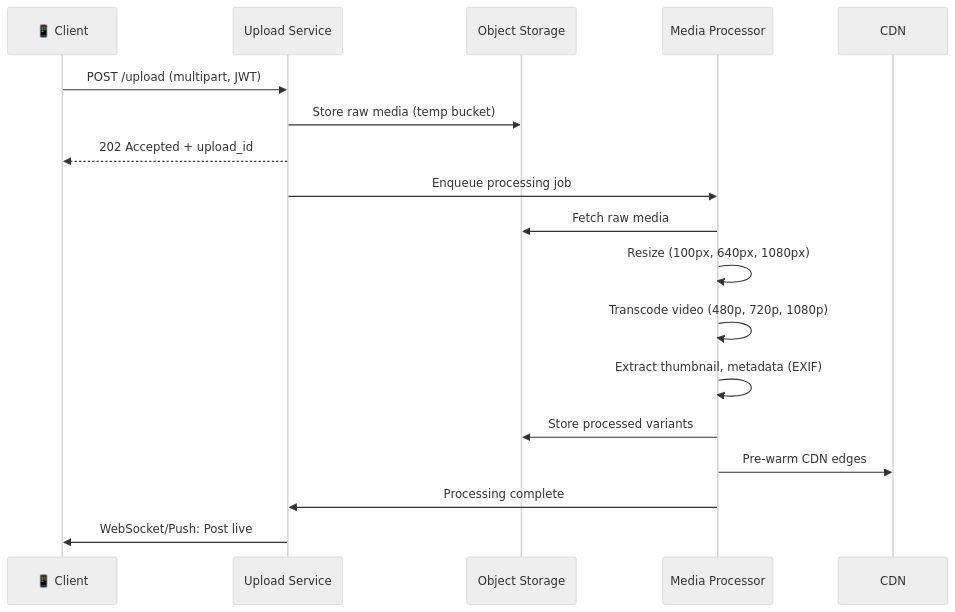
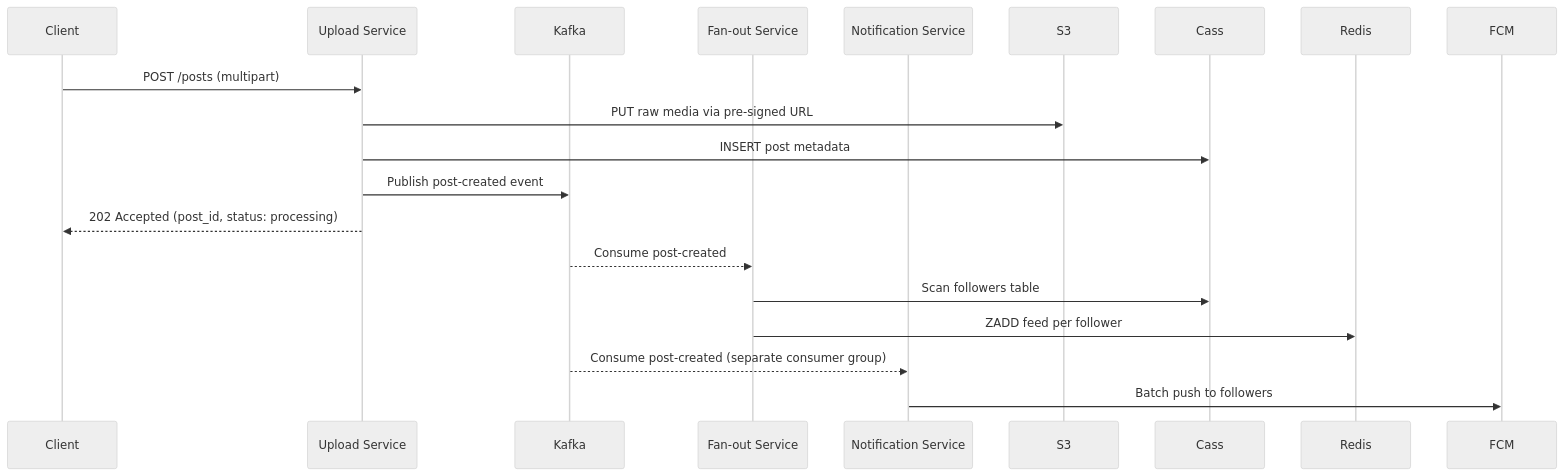
The second of 4 diagrams in docs/system-design/hld/real-world-systems/instagram.md (deepjyoti-dj7/JustDoIT), drawn with Mermaid (neutral theme) before and after one commit. The commit also changed other lines of this file and 8 other files, not shown here.

````diff
--- a/docs/system-design/hld/real-world-systems/instagram.md
+++ b/docs/system-design/hld/real-world-systems/instagram.md
@@ -164,22 +336,19 @@
 ```mermaid
 sequenceDiagram
-    participant C as 📱 Client
+    participant C as Client
     participant US as Upload Service
-    participant S3 as Object Storage
-    participant MP as Media Processor
-    participant CDN as CDN
+    participant K as Kafka
+    participant FO as Fan-out Service
+    participant NS as Notification Service
 
-    C->>US: POST /upload (multipart, JWT)
-    US->>S3: Store raw media (temp bucket)
-    US-->>C: 202 Accepted + upload_id
-
-    US->>MP: Enqueue processing job
-    MP->>S3: Fetch raw media
-    MP->>MP: Resize (100px, 640px, 1080px)
-    MP->>MP: Transcode video (480p, 720p, 1080p)
-    MP->>MP: Extract thumbnail, metadata (EXIF)
-    MP->>S3: Store processed variants
-    MP->>CDN: Pre-warm CDN edges
-    MP->>US: Processing complete
-    US->>C: WebSocket/Push: Post live
+    C->>US: POST /posts (multipart)
+    US->>S3: PUT raw media via pre-signed URL
+    US->>Cass: INSERT post metadata
+    US->>K: Publish post-created event
+    US-->>C: 202 Accepted (post_id, status: processing)
+    K-->>FO: Consume post-created
+    FO->>Cass: Scan followers table
+    FO->>Redis: ZADD feed per follower
+    K-->>NS: Consume post-created (separate consumer group)
+    NS->>FCM: Batch push to followers
 ```
````
